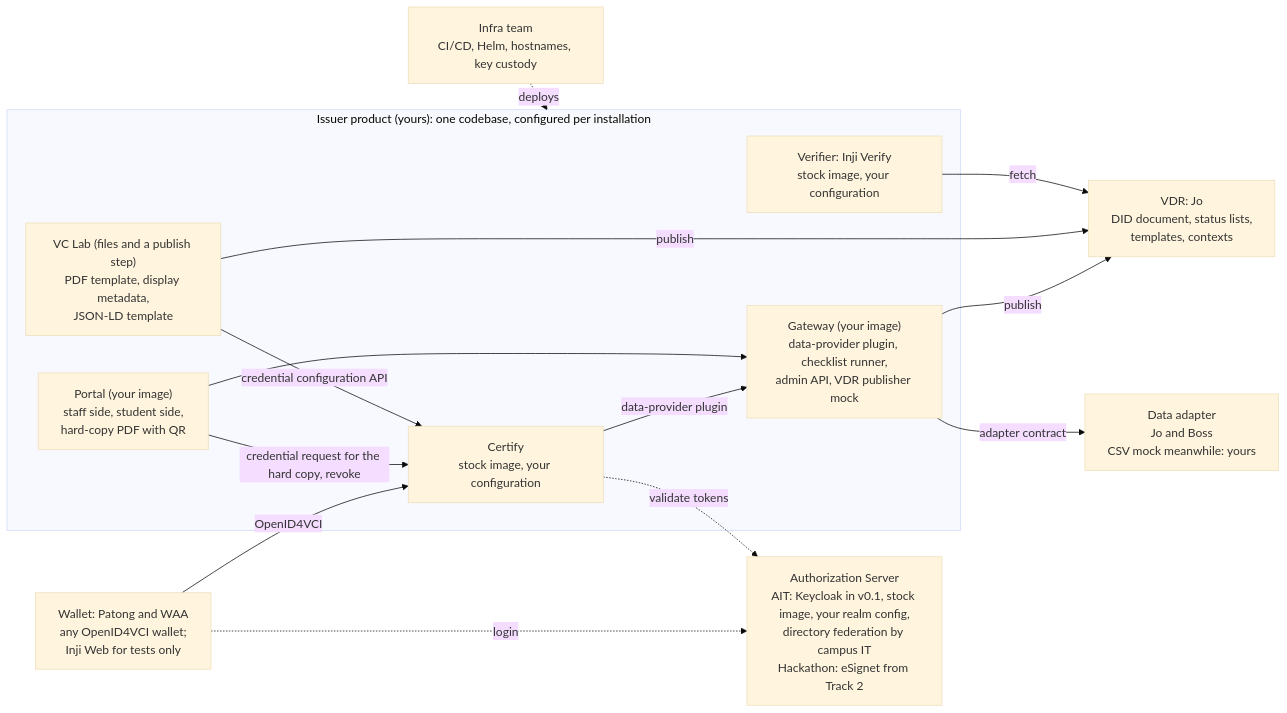
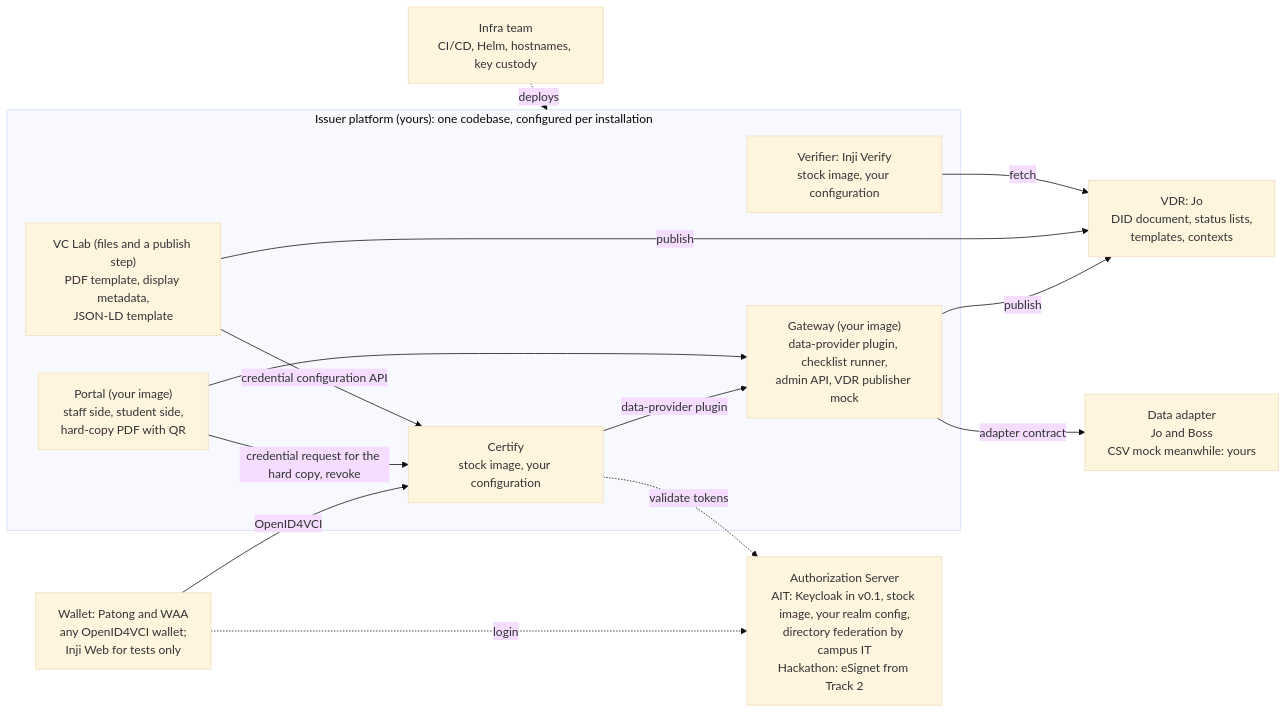
Before and after one commit to mosip-asia/ait-transcript: the diagram in wiki/project/issuer-v0.1/responsibilities.md, drawn with Mermaid (base theme). The commit also changed other lines of this file and 7 other files, not shown here.

First line of the commit message:
docs: Issuer is the deployment, Issuer platform is the product

````diff
--- a/wiki/project/issuer-v0.1/responsibilities.md
+++ b/wiki/project/issuer-v0.1/responsibilities.md
@@ -13,27 +13,27 @@
 ```mermaid
 flowchart LR
-  subgraph Issuer["Issuer product (yours): one codebase, configured per installation"]
+  subgraph Platform["Issuer platform (yours): one codebase, configured per installation"]
     Gateway["Gateway (your image)<br/>data-provider plugin, checklist runner,<br/>admin API, VDR publisher mock"]
     Portal["Portal (your image)<br/>staff side, student side,<br/>hard-copy PDF with QR"]
     Certify["Certify<br/>stock image, your configuration"]
     Verifier["Verifier: Inji Verify<br/>stock image, your configuration"]
     Lab["VC Lab (files and a publish step)<br/>PDF template, display metadata,<br/>JSON-LD template"]
   end
   AS["Authorization Server<br/>AIT: Keycloak in v0.1, stock image, your realm config,<br/>directory federation by campus IT<br/>Hackathon: eSignet from Track 2"]
   Adapter["Data adapter<br/>Jo and Boss<br/>CSV mock meanwhile: yours"]
   VDR["VDR: Jo<br/>DID document, status lists,<br/>templates, contexts"]
   Wallet["Wallet: Patong and WAA<br/>any OpenID4VCI wallet;<br/>Inji Web for tests only"]
   Infra["Infra team<br/>CI/CD, Helm, hostnames, key custody"]
   Wallet -->|OpenID4VCI| Certify
   Certify -->|data-provider plugin| Gateway
   Gateway -->|adapter contract| Adapter
   Portal --> Gateway
   Portal -->|credential request for the hard copy, revoke| Certify
   Gateway -->|publish| VDR
   Lab -->|publish| VDR
   Lab -->|credential configuration API| Certify
   Verifier -->|fetch| VDR
   Wallet -.->|login| AS
   Certify -.->|validate tokens| AS
-  Infra -.->|deploys| Issuer
+  Infra -.->|deploys| Platform
 ```
````
